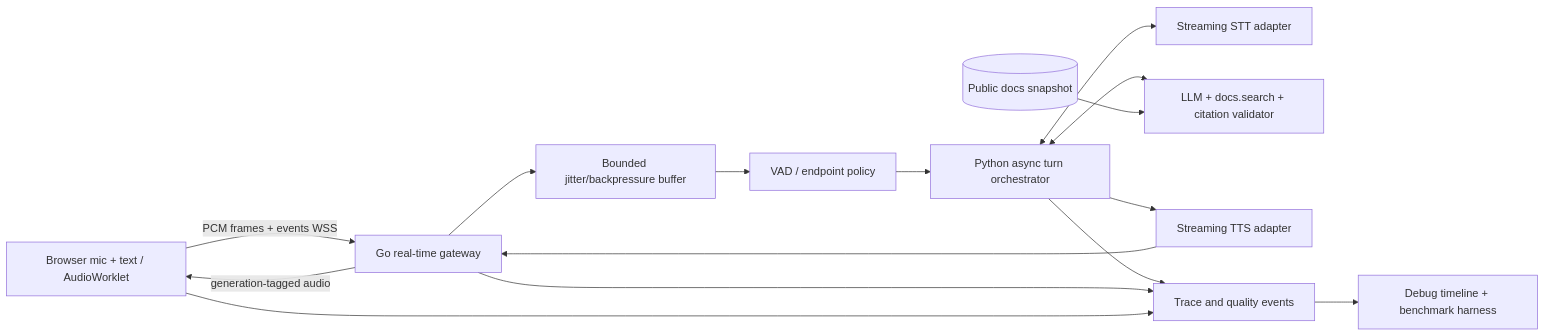
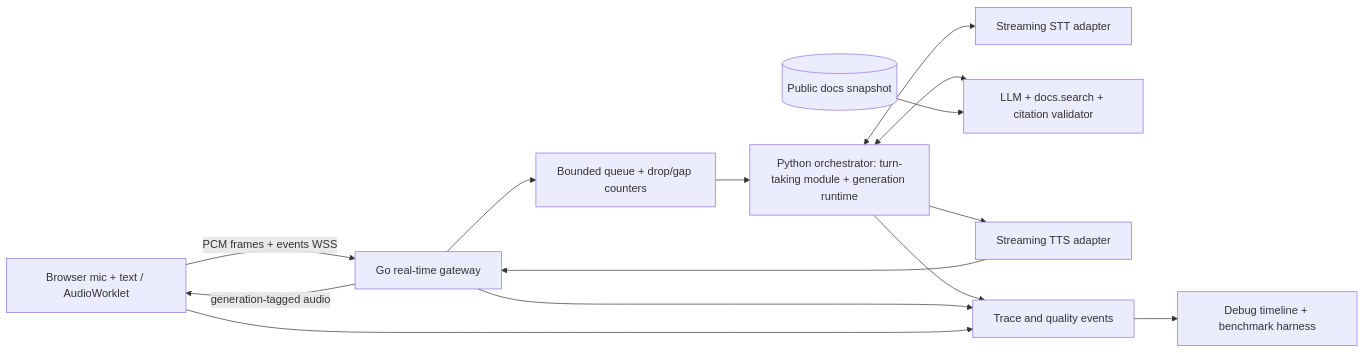
One commit to ai-calypse/voicecore-lab changed the diagram in docs/voicecore_lab_career_aligned_plan.md. Above: the diagram before and after it, drawn with Mermaid. The commit also changed other lines of this file and 11 other files, not shown here.

First line of the commit message:
docs: add build plan and sync docs to the approved architecture

````diff
--- a/docs/voicecore_lab_career_aligned_plan.md
+++ b/docs/voicecore_lab_career_aligned_plan.md
@@ -60,17 +60,16 @@
 ```mermaid
 flowchart LR
   U[Browser mic + text / AudioWorklet] -->|PCM frames + events WSS| G[Go real-time gateway]
-  G --> B[Bounded jitter/backpressure buffer]
-  B --> V[VAD / endpoint policy]
-  V --> O[Python async turn orchestrator]
+  G --> B[Bounded queue + drop/gap counters]
+  B --> O[Python orchestrator: turn-taking module + generation runtime]
   O <--> S[Streaming STT adapter]
   O <--> A[LLM + docs.search + citation validator]
   O --> T[Streaming TTS adapter]
   T --> G
   G -->|generation-tagged audio| U
   O --> E[Trace and quality events]
   G --> E
   U --> E
   E --> L[Debug timeline + benchmark harness]
   D[(Public docs snapshot)] --> A
 ```
````
